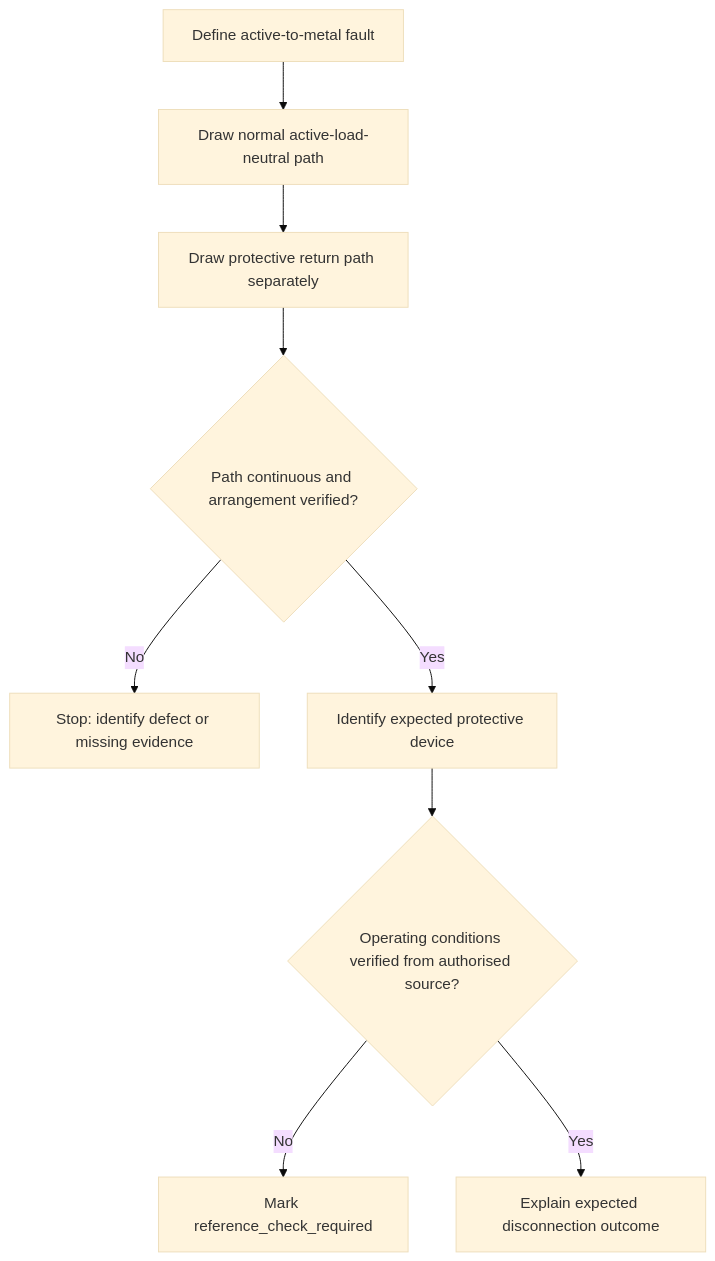
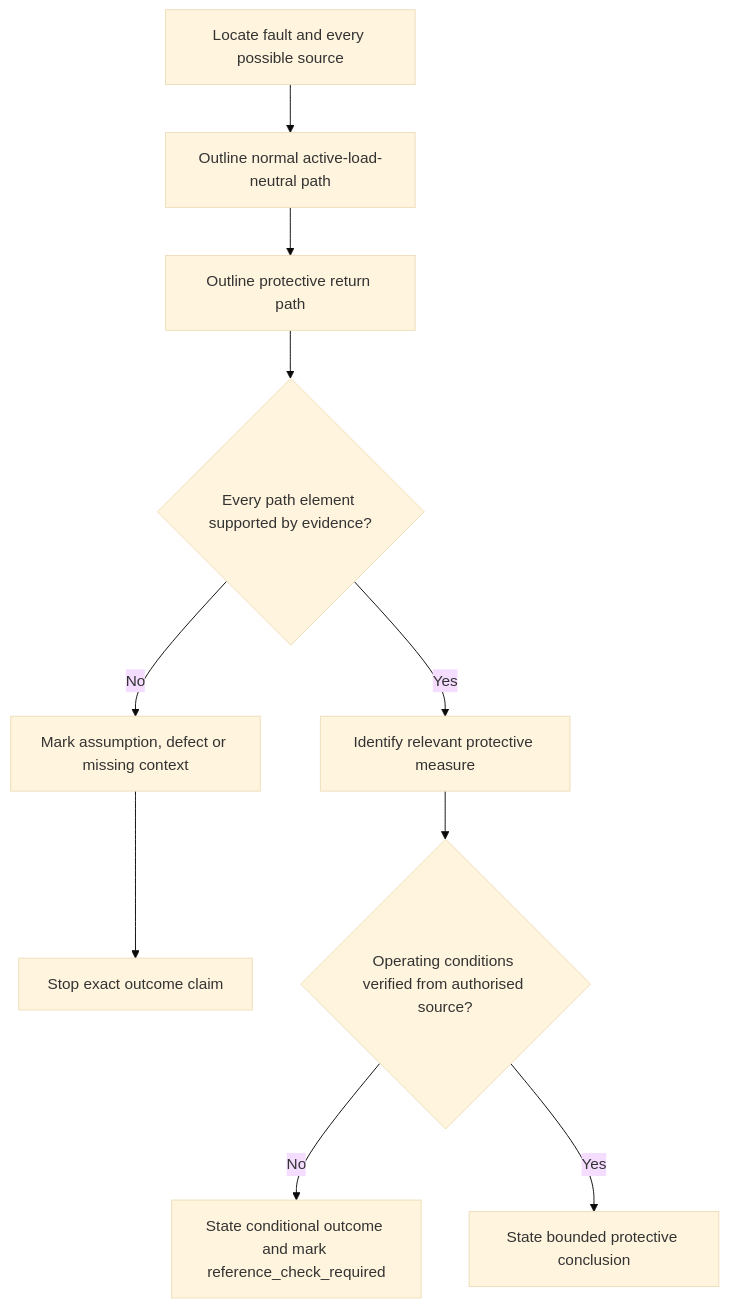
One commit to andrew3stedall/capstone changed the first of 3 diagrams in docs/learning-plans/4-week/modules/day-06b-men-fault-current-path.md. Above: the diagram before and after it, drawn with Mermaid (base theme). The commit also changed other lines of this file, not shown here.

Commit message:
Improve Day 6B MEN fault-current reasoning

````diff
--- a/docs/learning-plans/4-week/modules/day-06b-men-fault-current-path.md
+++ b/docs/learning-plans/4-week/modules/day-06b-men-fault-current-path.md
@@ -132,11 +222,12 @@
 ```mermaid
 flowchart TD
-    A["Define active-to-metal fault"] --> B["Draw normal active-load-neutral path"]
-    B --> C["Draw protective return path separately"]
-    C --> D{"Path continuous and arrangement verified?"}
-    D -->|"No"| E["Stop: identify defect or missing evidence"]
-    D -->|"Yes"| F["Identify expected protective device"]
-    F --> G{"Operating conditions verified from authorised source?"}
-    G -->|"No"| H["Mark reference_check_required"]
-    G -->|"Yes"| I["Explain expected disconnection outcome"]
+    A["Locate fault and every possible source"] --> B["Outline normal active-load-neutral path"]
+    B --> C["Outline protective return path"]
+    C --> D{"Every path element supported by evidence?"}
+    D -->|"No"| E["Mark assumption, defect or missing context"]
+    E --> F["Stop exact outcome claim"]
+    D -->|"Yes"| G["Identify relevant protective measure"]
+    G --> H{"Operating conditions verified from authorised source?"}
+    H -->|"No"| I["State conditional outcome and mark reference_check_required"]
+    H -->|"Yes"| J["State bounded protective conclusion"]
 ```
````
